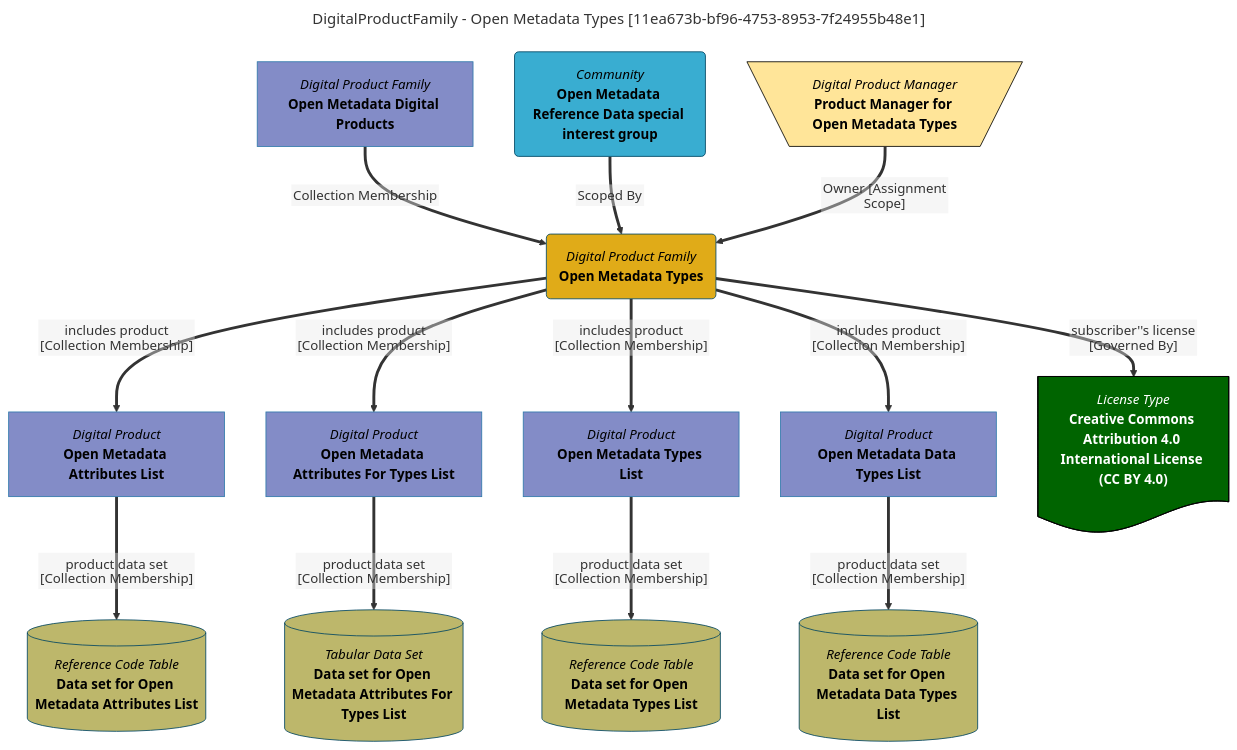
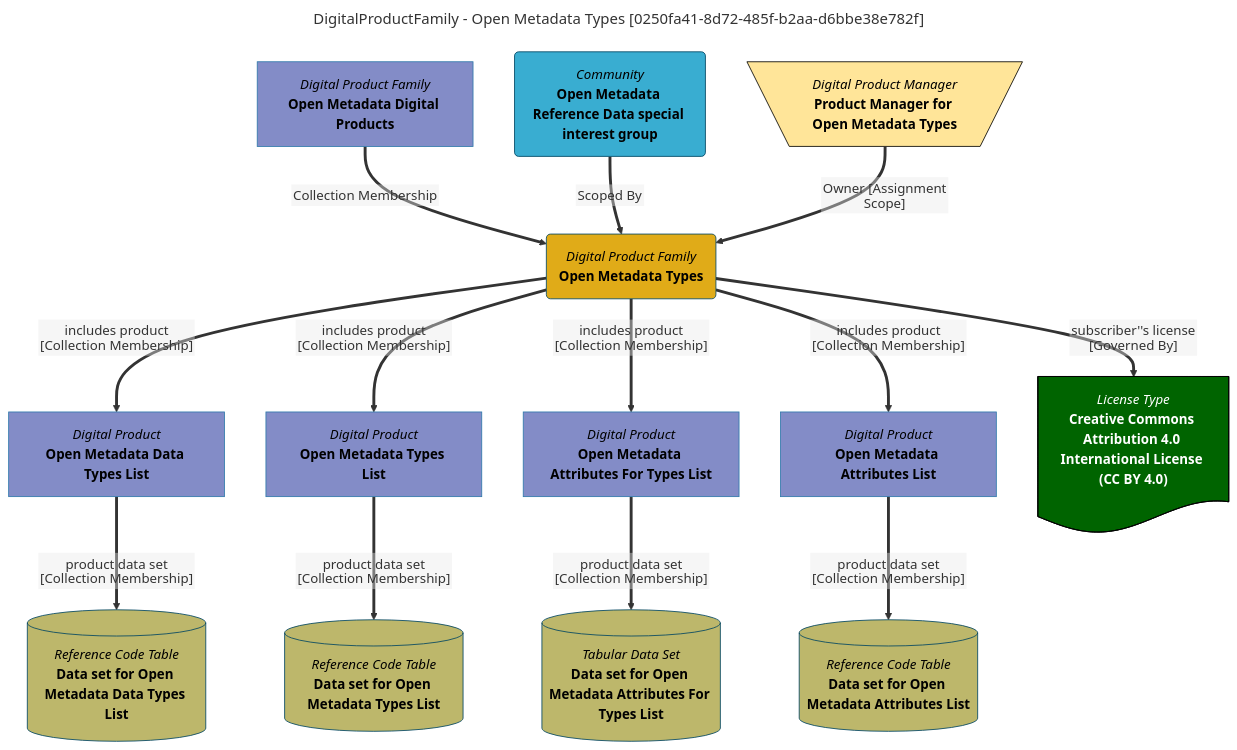
The diagram in site/snippets/collections/digital-products/open-metadata-types-mermaid-graph.md (odpi/egeria-docs), drawn with Mermaid before and after one commit. The commit also changed 2201 other files, not shown here.

````diff
--- a/site/snippets/collections/digital-products/open-metadata-types-mermaid-graph.md
+++ b/site/snippets/collections/digital-products/open-metadata-types-mermaid-graph.md
@@ -1,59 +1,59 @@
 ```mermaid
 ---
-title: DigitalProductFamily - Open Metadata Types [11ea673b-bf96-4753-8953-7f24955b48e1]
+title: DigitalProductFamily - Open Metadata Types [0250fa41-8d72-485f-b2aa-d6bbe38e782f]
 ---
 flowchart TD
 %%{init: {"flowchart": {"htmlLabels": false}} }%%
 
 1@{ shape: rounded, label: "*Digital Product Family*
 **Open Metadata Types**"}
 2@{ shape: rect, label: "*Digital Product Family*
 **Open Metadata Digital Products**"}
 2==>|"Collection Membership"|1
 3@{ shape: rect, label: "*Digital Product*
-**Open Metadata Attributes List**"}
+**Open Metadata Data Types List**"}
 1==>|"includes product [Collection Membership]"|3
 4@{ shape: cyl, label: "*Reference Code Table*
-**Data set for Open Metadata Attributes List**"}
+**Data set for Open Metadata Data Types List**"}
 3==>|"product data set [Collection Membership]"|4
 5@{ shape: rect, label: "*Digital Product*
-**Open Metadata Attributes For Types List**"}
+**Open Metadata Types List**"}
 1==>|"includes product [Collection Membership]"|5
-6@{ shape: cyl, label: "*Tabular Data Set*
-**Data set for Open Metadata Attributes For Types List**"}
+6@{ shape: cyl, label: "*Reference Code Table*
+**Data set for Open Metadata Types List**"}
 5==>|"product data set [Collection Membership]"|6
 7@{ shape: rect, label: "*Digital Product*
-**Open Metadata Types List**"}
+**Open Metadata Attributes For Types List**"}
 1==>|"includes product [Collection Membership]"|7
-8@{ shape: cyl, label: "*Reference Code Table*
-**Data set for Open Metadata Types List**"}
+8@{ shape: cyl, label: "*Tabular Data Set*
+**Data set for Open Metadata Attributes For Types List**"}
 7==>|"product data set [Collection Membership]"|8
 9@{ shape: rect, label: "*Digital Product*
-**Open Metadata Data Types List**"}
+**Open Metadata Attributes List**"}
 1==>|"includes product [Collection Membership]"|9
 10@{ shape: cyl, label: "*Reference Code Table*
-**Data set for Open Metadata Data Types List**"}
+**Data set for Open Metadata Attributes List**"}
 9==>|"product data set [Collection Membership]"|10
 11@{ shape: rounded, label: "*Community*
 **Open Metadata Reference Data special interest group**"}
 11==>|"Scoped By"|1
 12@{ shape: trap-t, label: "*Digital Product Manager*
 **Product Manager for Open Metadata Types**"}
 12==>|"Owner [Assignment Scope]"|1
 13@{ shape: doc, label: "*License Type*
 **Creative Commons Attribution 4.0 International License (CC BY 4.0)**"}
 1==>|"subscriber''s license [Governed By]"|13
 style 11 color:#000000, fill:#39add1, stroke:#004563
 style 12 color:#000000, fill:#FFE599, stroke:#000000
 style 13 color:#FFFFFF, fill:#006400, stroke:#000000
 style 1 color:#000000, fill:#e0ab18, stroke:#004563
 style 2 color:#000000, fill:#838cc7, stroke:#3079ab
 style 3 color:#000000, fill:#838cc7, stroke:#3079ab
-style 4 color:#000000, fill:#bdb76b, stroke:#004563
+style 4 color:#000000, fill:#BDB76B, stroke:#004563
 style 5 color:#000000, fill:#838cc7, stroke:#3079ab
-style 6 color:#000000, fill:#bdb76b, stroke:#004563
+style 6 color:#000000, fill:#BDB76B, stroke:#004563
 style 7 color:#000000, fill:#838cc7, stroke:#3079ab
-style 8 color:#000000, fill:#bdb76b, stroke:#004563
+style 8 color:#000000, fill:#BDB76B, stroke:#004563
 style 9 color:#000000, fill:#838cc7, stroke:#3079ab
-style 10 color:#000000, fill:#bdb76b, stroke:#004563
+style 10 color:#000000, fill:#BDB76B, stroke:#004563
 ```
````
